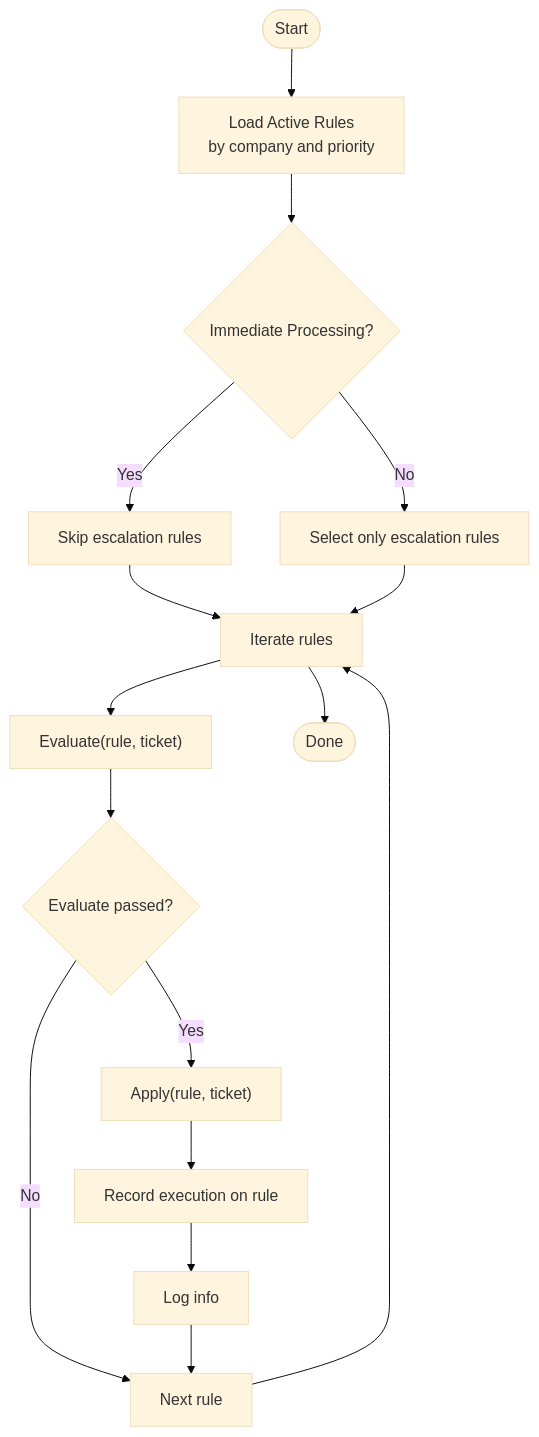
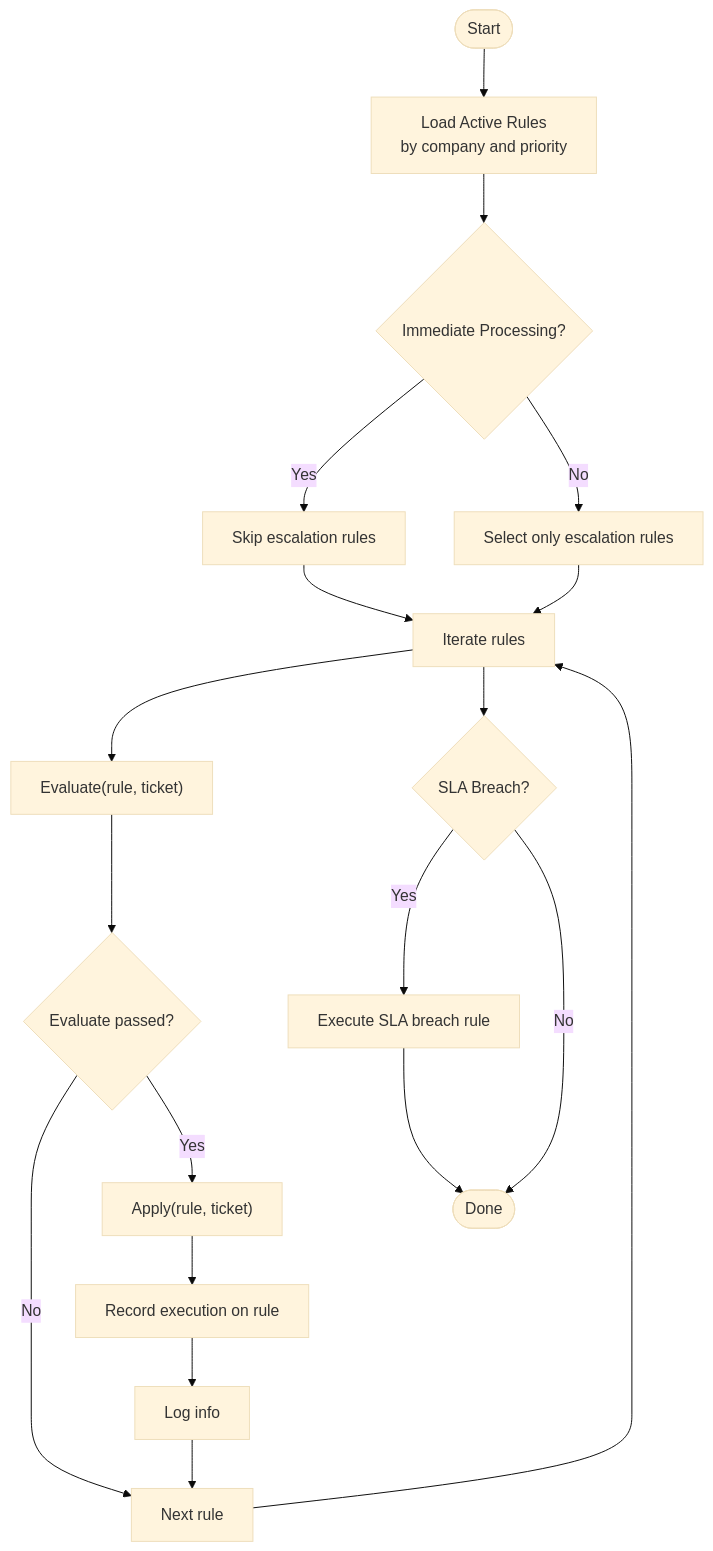
The fourth of 9 diagrams in .qoder/repowiki/en/content/Automation Engine/Automation Engine Overview.md (younesgamer68/helpdesk-system), drawn with Mermaid (base theme) before and after one commit. The commit also changed other lines of this file and 210 other files, not shown here.

````diff
--- a/.qoder/repowiki/en/content/Automation Engine/Automation Engine Overview.md
+++ b/.qoder/repowiki/en/content/Automation Engine/Automation Engine Overview.md
@@ -279,18 +373,21 @@
 ```mermaid
 flowchart TD
 Start(["Start"]) --> Load["Load Active Rules<br/>by company and priority"]
 Load --> FilterImmediate{"Immediate Processing?"}
 FilterImmediate --> |Yes| SkipEscalation["Skip escalation rules"]
 FilterImmediate --> |No| SelectEscalation["Select only escalation rules"]
 SkipEscalation --> Iterate["Iterate rules"]
 SelectEscalation --> Iterate
 Iterate --> Eval["Evaluate(rule, ticket)"]
 Eval --> Pass{"Evaluate passed?"}
 Pass --> |No| NextRule["Next rule"]
 Pass --> |Yes| Apply["Apply(rule, ticket)"]
 Apply --> Track["Record execution on rule"]
 Track --> LogInfo["Log info"]
 LogInfo --> NextRule
 NextRule --> Iterate
-Iterate --> Done(["Done"])
+Iterate --> SLA{"SLA Breach?"}
+SLA --> |Yes| SLAAction["Execute SLA breach rule"]
+SLA --> |No| Done(["Done"])
+SLAAction --> Done
 ```
````
